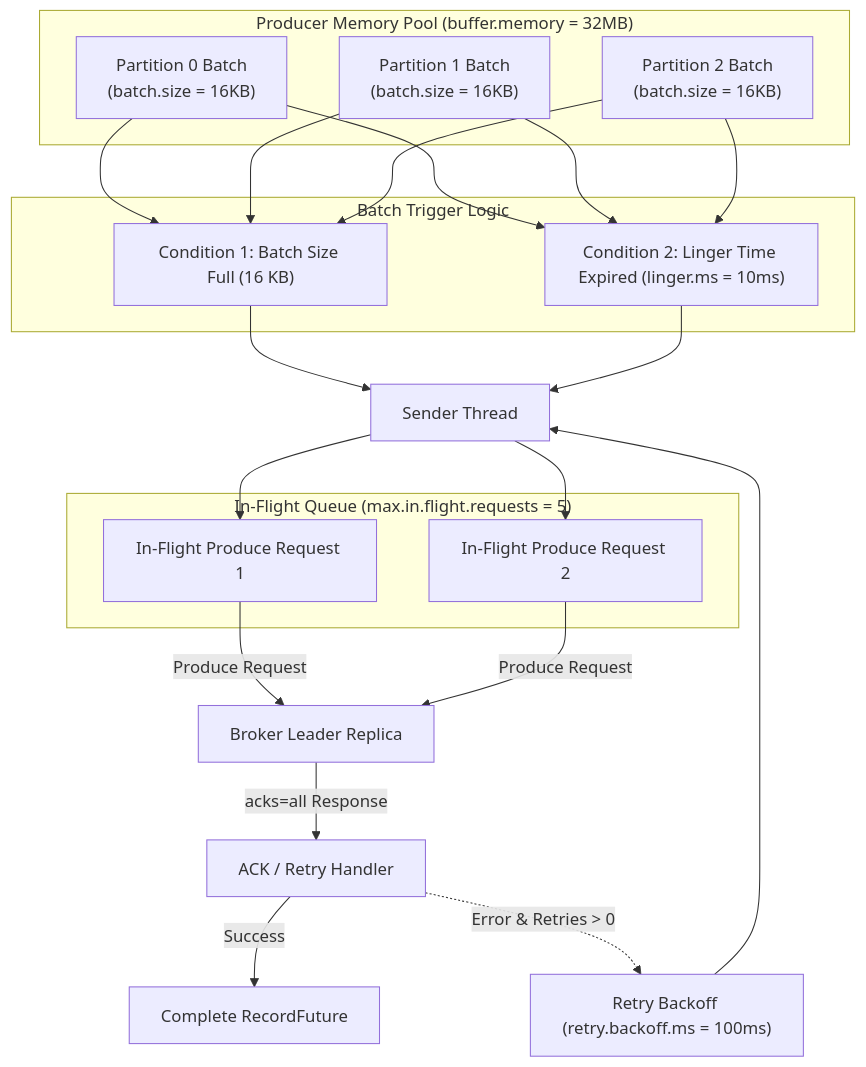
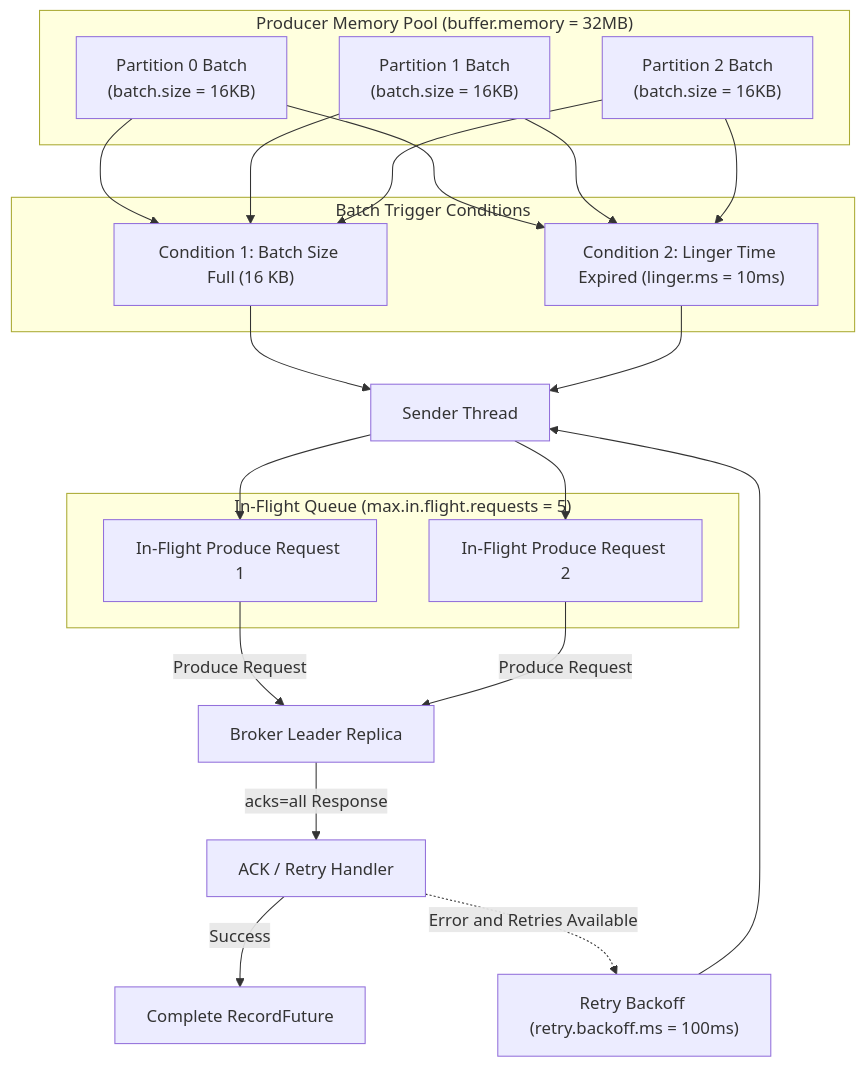
One commit to Chief-Strategist-J/llm-obs-infra changed the seventh of 14 diagrams in docs/configDoc/kafka-configuration-guide.md. Above: the diagram before and after it, drawn with Mermaid. The commit also changed other lines of this file, not shown here.

Commit message:
fix(docs): resolve Mermaid syntax parse error on Consumer & Producer LLD diagrams in kafka-configuration-guide.md

````diff
--- a/docs/configDoc/kafka-configuration-guide.md
+++ b/docs/configDoc/kafka-configuration-guide.md
@@ -191,31 +191,38 @@
 ```mermaid
 graph TB
     subgraph Producer Memory Pool ["Producer Memory Pool (buffer.memory = 32MB)"]
         BatchP0["Partition 0 Batch<br/>(batch.size = 16KB)"]
         BatchP1["Partition 1 Batch<br/>(batch.size = 16KB)"]
         BatchP2["Partition 2 Batch<br/>(batch.size = 16KB)"]
     end
 
-    subgraph Batch Trigger Conditions ["Batch Trigger Logic"]
+    subgraph Batch Trigger Logic ["Batch Trigger Conditions"]
         Trigger1["Condition 1: Batch Size Full (16 KB)"]
         Trigger2["Condition 2: Linger Time Expired (linger.ms = 10ms)"]
     end
 
-    BatchP0 & BatchP1 & BatchP2 --> Trigger1
-    BatchP0 & BatchP1 & BatchP2 --> Trigger2
+    BatchP0 --> Trigger1
+    BatchP1 --> Trigger1
+    BatchP2 --> Trigger1
+    BatchP0 --> Trigger2
+    BatchP1 --> Trigger2
+    BatchP2 --> Trigger2
 
-    Trigger1 & Trigger2 --> SenderThread["Sender Thread"]
+    Trigger1 --> SenderThread["Sender Thread"]
+    Trigger2 --> SenderThread
 
     subgraph In-Flight Network Queue ["In-Flight Queue (max.in.flight.requests = 5)"]
         Req1["In-Flight Produce Request 1"]
         Req2["In-Flight Produce Request 2"]
     end
 
-    SenderThread --> Req1 & Req2
-    Req1 & Req2 -->|Produce Request| BrokerNode["Broker Leader Replica"]
+    SenderThread --> Req1
+    SenderThread --> Req2
+    Req1 -->|Produce Request| BrokerNode["Broker Leader Replica"]
+    Req2 -->|Produce Request| BrokerNode
 
     BrokerNode -->|acks=all Response| AckHandler["ACK / Retry Handler"]
     AckHandler -->|Success| Complete["Complete RecordFuture"]
-    AckHandler -.->|Error & Retries > 0| RetryQueue["Retry Backoff (retry.backoff.ms = 100ms)"]
+    AckHandler -.->|Error and Retries Available| RetryQueue["Retry Backoff (retry.backoff.ms = 100ms)"]
     RetryQueue --> SenderThread
 ```
````
